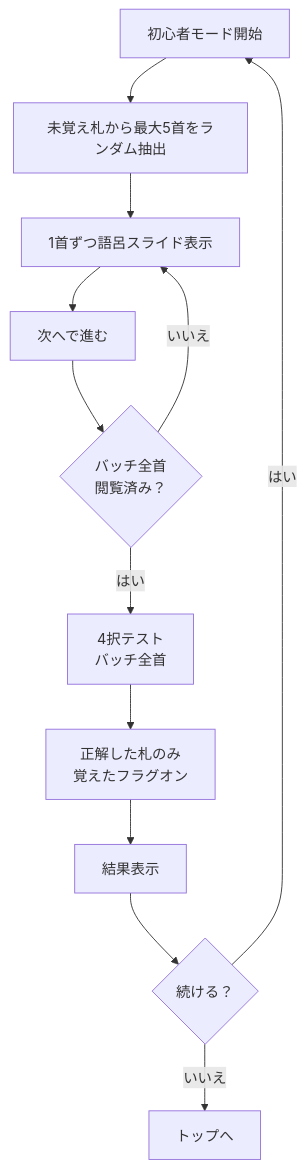
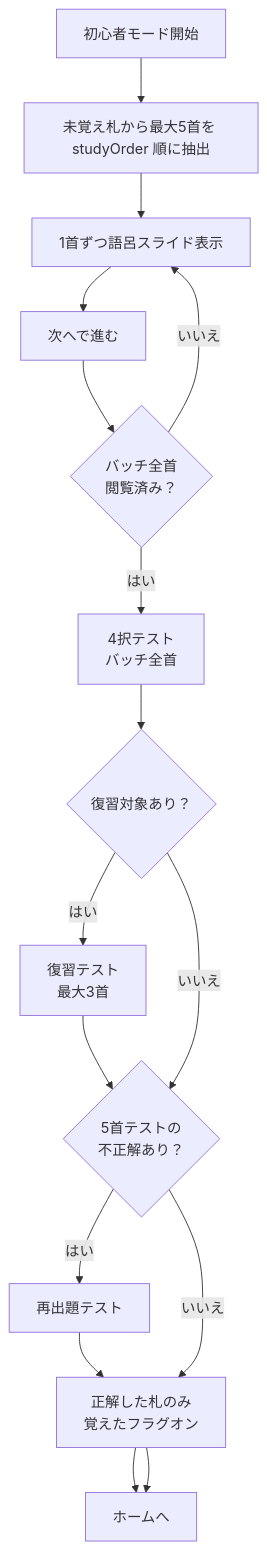
The second of 2 diagrams in doc/v2/機能仕様.md (kg9n3n8y/kimariji_master), drawn with Mermaid before and after one commit. The commit also changed other lines of this file and 36 other files, not shown here.

````diff
--- a/doc/v2/機能仕様.md
+++ b/doc/v2/機能仕様.md
@@ -155,18 +162,23 @@
 ```mermaid
 flowchart TD
     START[初心者モード開始]
-    PICK[未覚え札から最大5首をランダム抽出]
+    PICK[未覚え札から最大5首を studyOrder 順に抽出]
     LEARN[1首ずつ語呂スライド表示]
     NEXT_BTN[次へで進む]
     NEXT{バッチ全首<br/>閲覧済み？}
     QUIZ[4択テスト<br/>バッチ全首]
+    REVIEW{復習対象あり？}
+    REVIEW_QUIZ[復習テスト<br/>最大3首]
+    RETEST{5首テストの<br/>不正解あり？}
+    RETEST_QUIZ[再出題テスト]
     FLAG[正解した札のみ<br/>覚えたフラグオン]
-    RESULT[結果表示]
-    AGAIN{続ける？}
+    HOME[ホームへ]
 
     START --> PICK --> LEARN --> NEXT_BTN --> NEXT
     NEXT -->|いいえ| LEARN
-    NEXT -->|はい| QUIZ --> FLAG --> RESULT --> AGAIN
-    AGAIN -->|はい| START
-    AGAIN -->|いいえ| TOP[トップへ]
+    NEXT -->|はい| QUIZ --> REVIEW
+    REVIEW -->|はい| REVIEW_QUIZ --> RETEST
+    REVIEW -->|いいえ| RETEST
+    RETEST -->|はい| RETEST_QUIZ --> FLAG --> HOME
+    RETEST -->|いいえ| FLAG --> HOME
 ```
````
